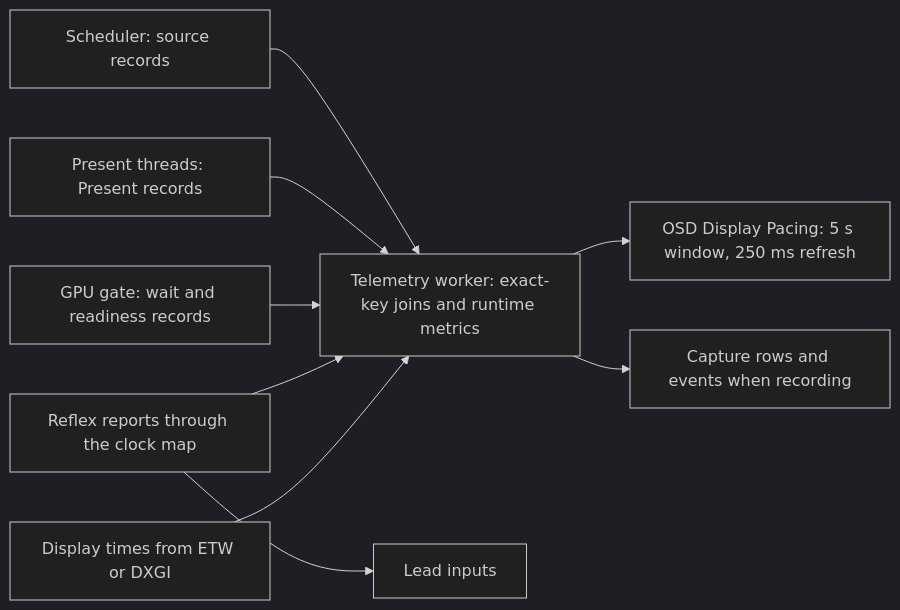
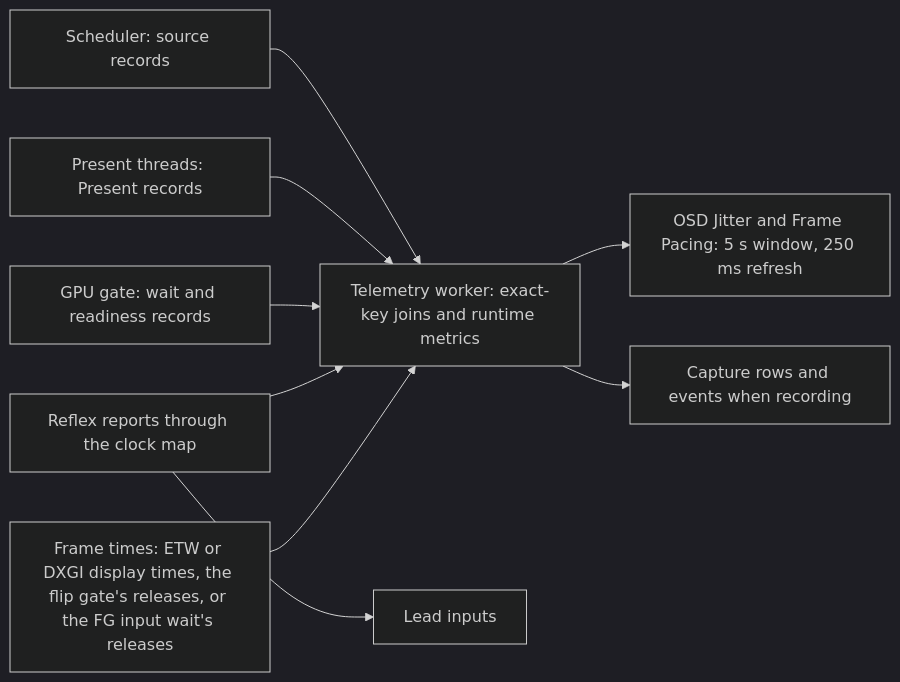
The tenth of 10 diagrams in docs/FRAME_PACING.md (RankFTW/ReLimiter), drawn with Mermaid (dark theme) before and after one commit. The commit also changed other lines of this file and 38 other files, not shown here.

````diff
--- a/docs/FRAME_PACING.md
+++ b/docs/FRAME_PACING.md
@@ -523,11 +523,11 @@
 ```mermaid
 flowchart LR
     SRC["Scheduler: source records"] --> W
     PRS["Present threads: Present records"] --> W
     GATE["GPU gate: wait and readiness records"] --> W
     RFX["Reflex reports through the clock map"] --> W
-    DSP["Display times from ETW or DXGI"] --> W
-    W["Telemetry worker: exact-key joins and runtime metrics"] --> OSD["OSD Display Pacing: 5 s window, 250 ms refresh"]
+    DSP["Frame times: ETW or DXGI display times, the flip gate's releases, or the FG input wait's releases"] --> W
+    W["Telemetry worker: exact-key joins and runtime metrics"] --> OSD["OSD Jitter and Frame Pacing: 5 s window, 250 ms refresh"]
     W --> CSV["Capture rows and events when recording"]
     RFX --> LEAD["Lead inputs"]
 ```
````
